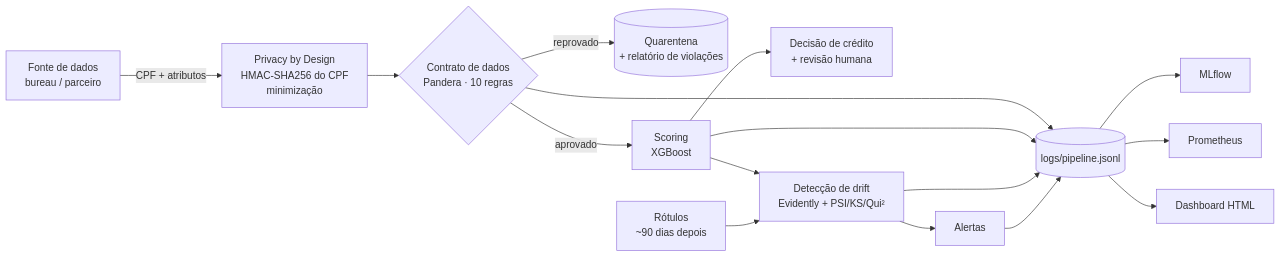
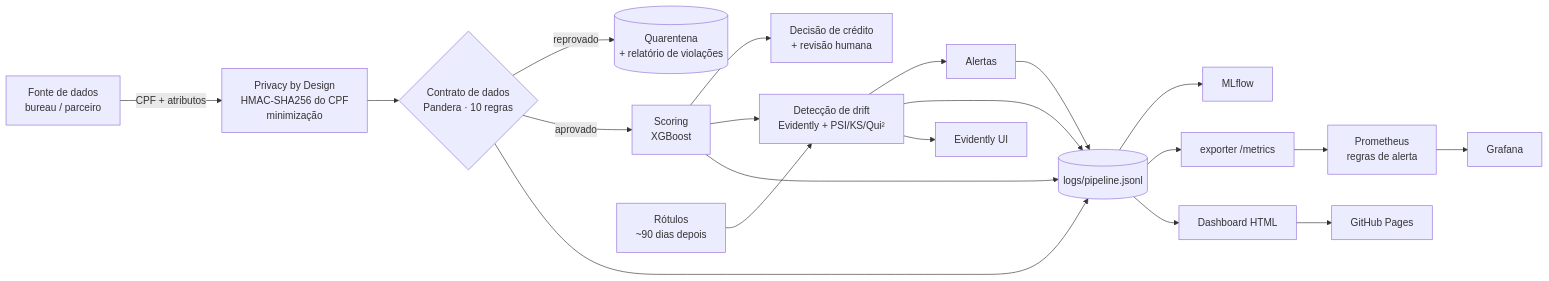
Before and after one commit to rochathayna/tech-challenge-fase4-credit-monitoring: the first of 2 diagrams in README.md, drawn with Mermaid. The commit also changed other lines of this file and 1 other file, not shown here.

````diff
--- a/README.md
+++ b/README.md
@@ -54,15 +60,16 @@
 ```mermaid
 flowchart LR
     A[Fonte de dados<br/>bureau / parceiro] -->|CPF + atributos| B[Privacy by Design<br/>HMAC-SHA256 do CPF<br/>minimização]
     B --> C{Contrato de dados<br/>Pandera · 10 regras}
     C -- reprovado --> Q[(Quarentena<br/>+ relatório de violações)]
     C -- aprovado --> D[Scoring<br/>XGBoost]
     D --> E[Decisão de crédito<br/>+ revisão humana]
     D --> F[Detecção de drift<br/>Evidently + PSI/KS/Qui²]
     L[Rótulos<br/>~90 dias depois] --> F
     F --> G[Alertas]
     C & D & F & G --> H[(logs/pipeline.jsonl)]
     H --> I[MLflow]
-    H --> J[Prometheus]
-    H --> K[Dashboard HTML]
+    F --> EU[Evidently UI]
+    H --> X[exporter /metrics] --> J[Prometheus<br/>regras de alerta] --> GR[Grafana]
+    H --> K[Dashboard HTML] --> GP[GitHub Pages]
 ```
````
